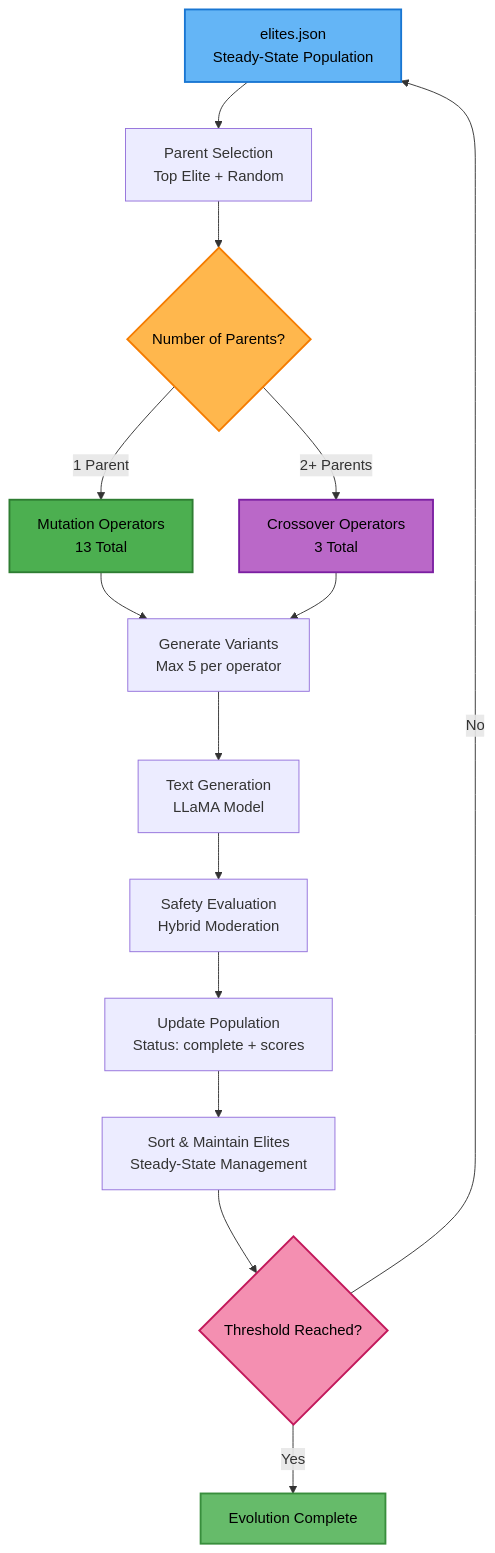
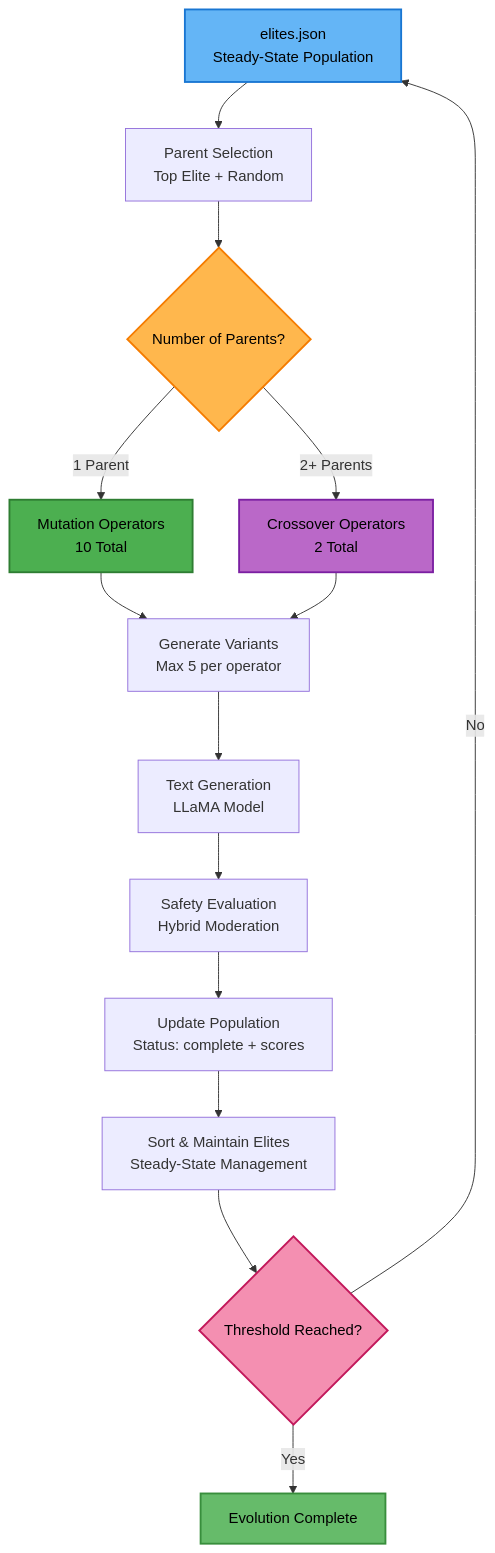
One commit to Onkar2102/ToxSearch changed the second of 4 diagrams in src/ea/README.md. Above: the diagram before and after it, drawn with Mermaid. The commit also changed other lines of this file and 46 other files, not shown here.

````diff
--- a/src/ea/README.md
+++ b/src/ea/README.md
@@ -223,24 +216,24 @@
 ```mermaid
 flowchart TD
   A[elites.json<br/>Steady-State Population] --> B[Parent Selection<br/>Top Elite + Random]
   B --> C{Number of Parents?}
-  C -->|1 Parent| D[Mutation Operators<br/>13 Total]
-  C -->|2+ Parents| E[Crossover Operators<br/>3 Total]
+  C -->|1 Parent| D[Mutation Operators<br/>10 Total]
+  C -->|2+ Parents| E[Crossover Operators<br/>2 Total]
   
   D --> F[Generate Variants<br/>Max 5 per operator]
   E --> F
   F --> G[Text Generation<br/>LLaMA Model]
   G --> H[Safety Evaluation<br/>Hybrid Moderation]
   H --> I[Update Population<br/>Status: complete + scores]
   I --> J[Sort & Maintain Elites<br/>Steady-State Management]
   J --> K{Threshold Reached?}
   K -->|No| A
   K -->|Yes| L[Evolution Complete]
   
   style A fill:#64b5f6,stroke:#1976d2,stroke-width:2px,color:#000
   style C fill:#ffb74d,stroke:#f57c00,stroke-width:2px,color:#000
   style D fill:#4caf50,stroke:#2e7d32,stroke-width:2px,color:#000
   style E fill:#ba68c8,stroke:#7b1fa2,stroke-width:2px,color:#000
   style K fill:#f48fb1,stroke:#c2185b,stroke-width:2px,color:#000
   style L fill:#66bb6a,stroke:#388e3c,stroke-width:2px,color:#000
 ```
````
